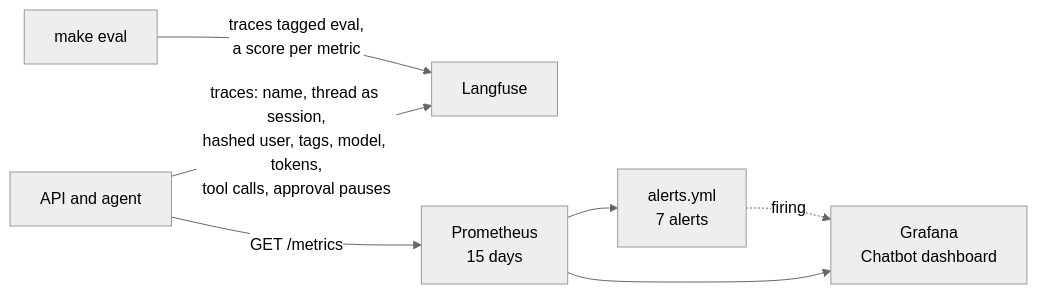
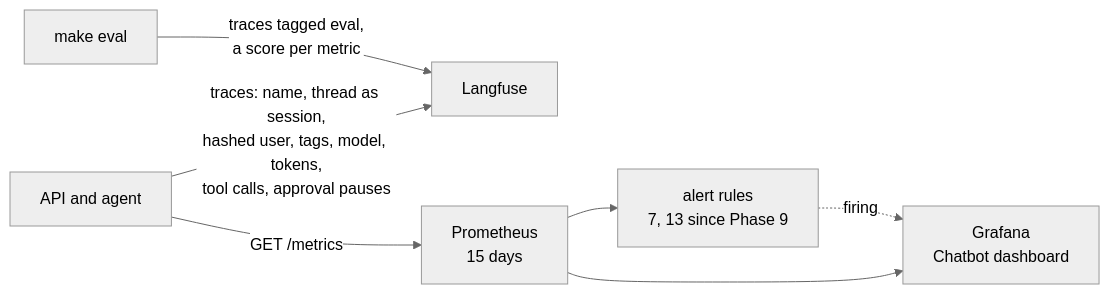
Before and after one commit to Anirudh1905/agentic-ai-chatbot: the seventh of 8 diagrams in docs/phase-8-security-observability.md, drawn with Mermaid (neutral theme). The commit also changed other lines of this file and 23 other files, not shown here.

````diff
--- a/docs/phase-8-security-observability.md
+++ b/docs/phase-8-security-observability.md
@@ -235,9 +235,9 @@
 ```mermaid
 flowchart LR
     API[API and agent] -->|"traces: name, thread as session,<br/>hashed user, tags, model, tokens,<br/>tool calls, approval pauses"| LF[Langfuse]
     API -->|"GET /metrics"| Prom[Prometheus<br/>15 days]
-    Prom --> Rules[alerts.yml<br/>7 alerts]
+    Prom --> Rules["alert rules<br/>7, 13 since Phase 9"]
     Prom --> Graf[Grafana<br/>Chatbot dashboard]
     Rules -.->|firing| Graf
     Evals["make eval"] -->|"traces tagged eval,<br/>a score per metric"| LF
 ```
````
